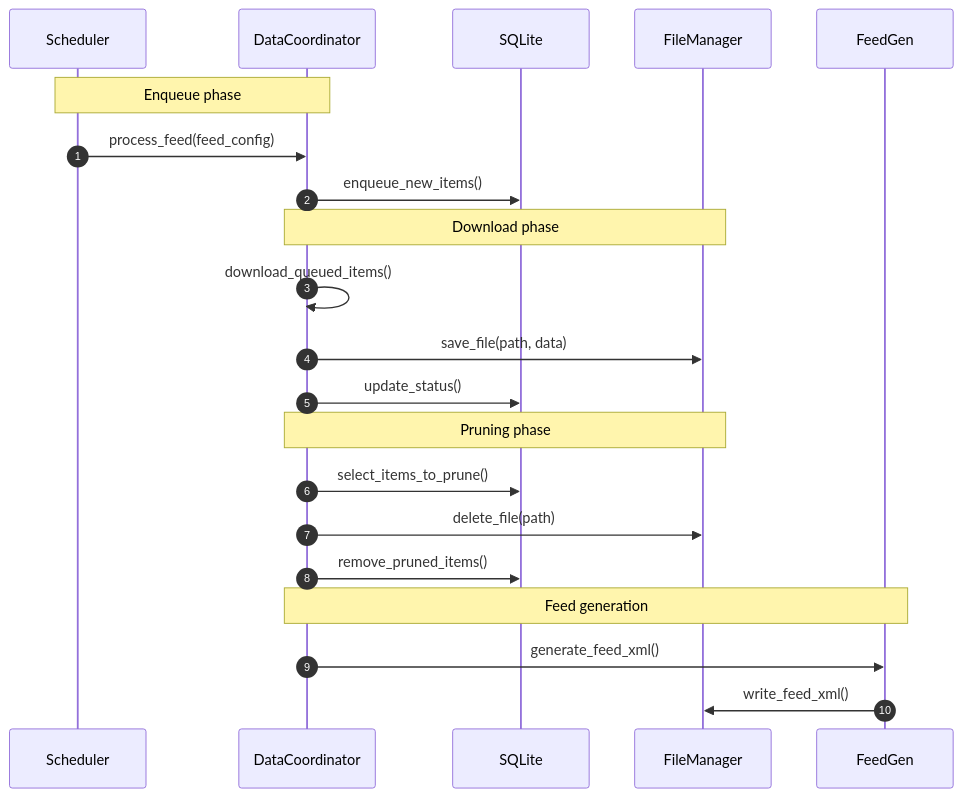
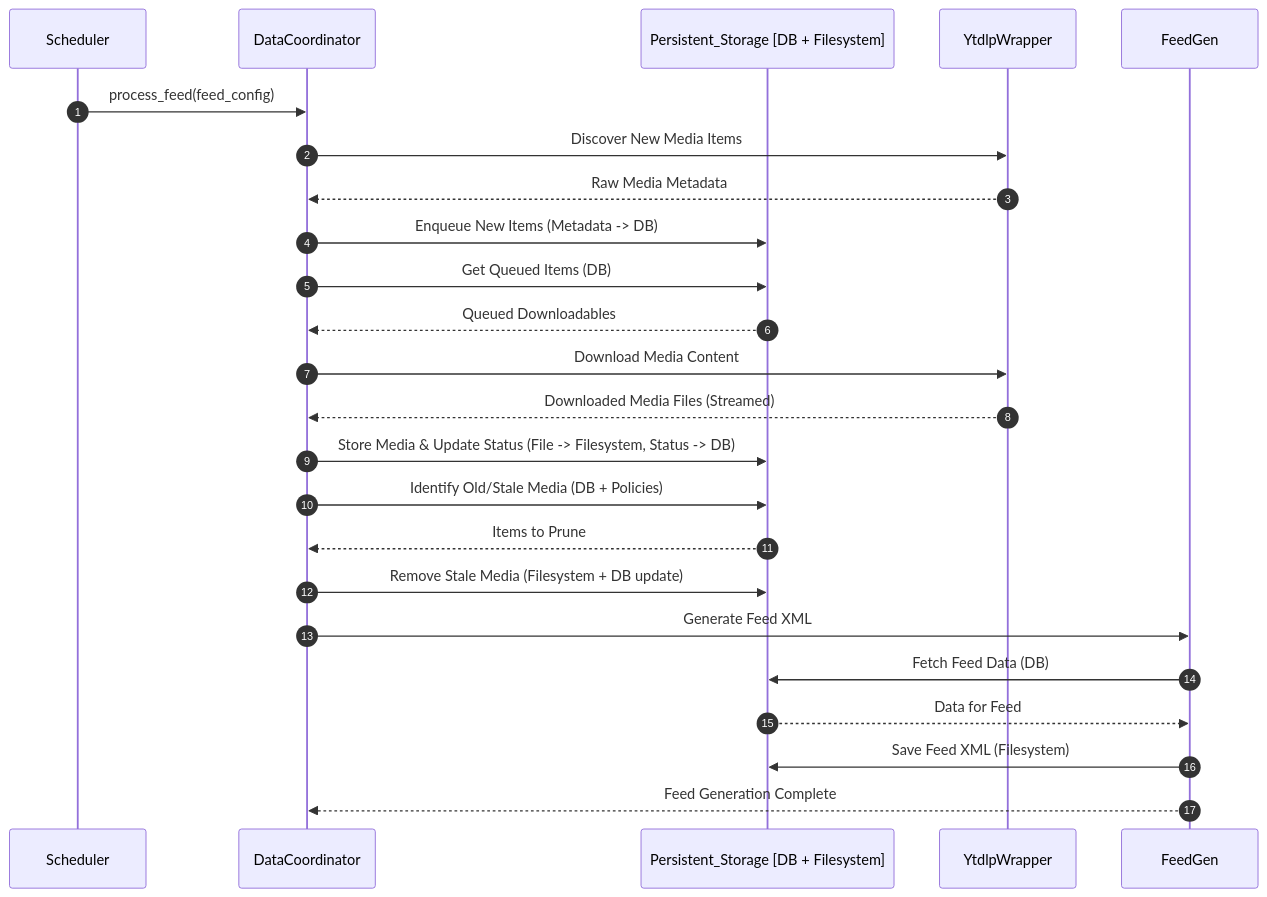
Before and after one commit to thurstonsand/anypod: the second of 2 diagrams in DESIGN_DOC.md, drawn with Mermaid. The commit also changed other lines of this file and 9 other files, not shown here.

````diff
--- a/DESIGN_DOC.md
+++ b/DESIGN_DOC.md
@@ -125,27 +154,31 @@
 ```mermaid
 sequenceDiagram
   autonumber
   participant S as Scheduler
   participant DC as DataCoordinator
-  participant DB as SQLite
-  participant FM as FileManager
+  participant Store as Persistent_Storage [DB + Filesystem]
+  participant YTDLW as YtdlpWrapper
   participant FG as FeedGen
 
-  Note over S,DC: Enqueue phase
   S->>DC: process_feed(feed_config)
-  DC->>DB: enqueue_new_items()
 
-  Note over DC,FM: Download phase
-  DC->>DC: download_queued_items()
-  DC->>FM: save_file(path, data)
-  DC->>DB: update_status()
+  DC->>YTDLW: Discover New Media Items
+  YTDLW-->>DC: Raw Media Metadata
+  DC->>Store: Enqueue New Items (Metadata -> DB)
 
-  Note over DC,FM: Pruning phase
-  DC->>DB: select_items_to_prune()
-  DC->>FM: delete_file(path)
-  DC->>DB: remove_pruned_items()
+  DC->>Store: Get Queued Items (DB)
+  Store-->>DC: Queued Downloadables
+  DC->>YTDLW: Download Media Content
+  YTDLW-->>DC: Downloaded Media Files (Streamed)
+  DC->>Store: Store Media & Update Status (File -> Filesystem, Status -> DB)
 
-  Note over DC,FG: Feed generation
-  DC->>FG: generate_feed_xml()
-  FG->>FM: write_feed_xml()
+  DC->>Store: Identify Old/Stale Media (DB + Policies)
+  Store-->>DC: Items to Prune
+  DC->>Store: Remove Stale Media (Filesystem + DB update)
+
+  DC->>FG: Generate Feed XML
+  FG->>Store: Fetch Feed Data (DB)
+  Store-->>FG: Data for Feed
+  FG->>Store: Save Feed XML (Filesystem)
+  FG-->>DC: Feed Generation Complete
 ```
````
